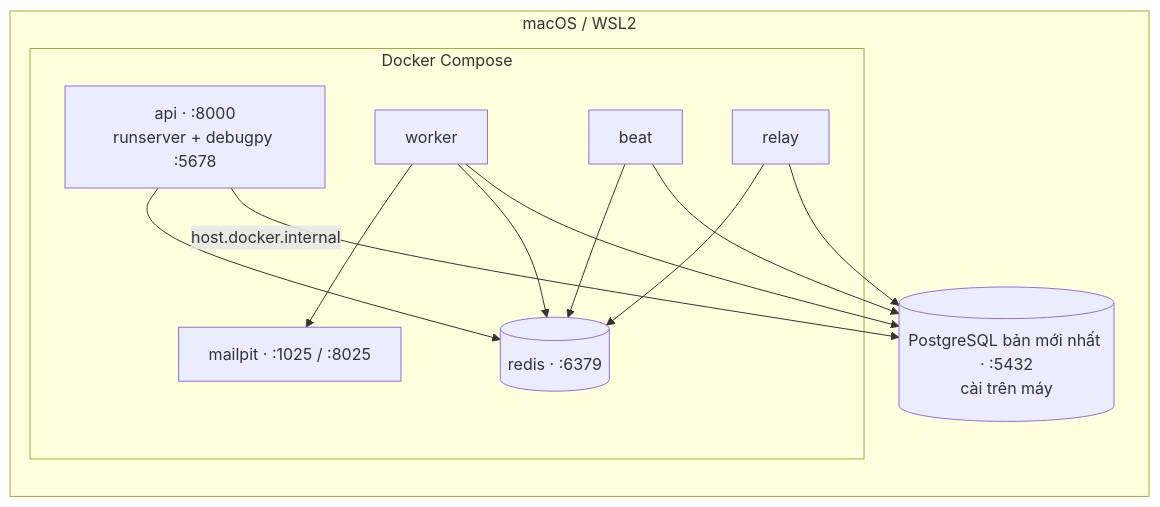
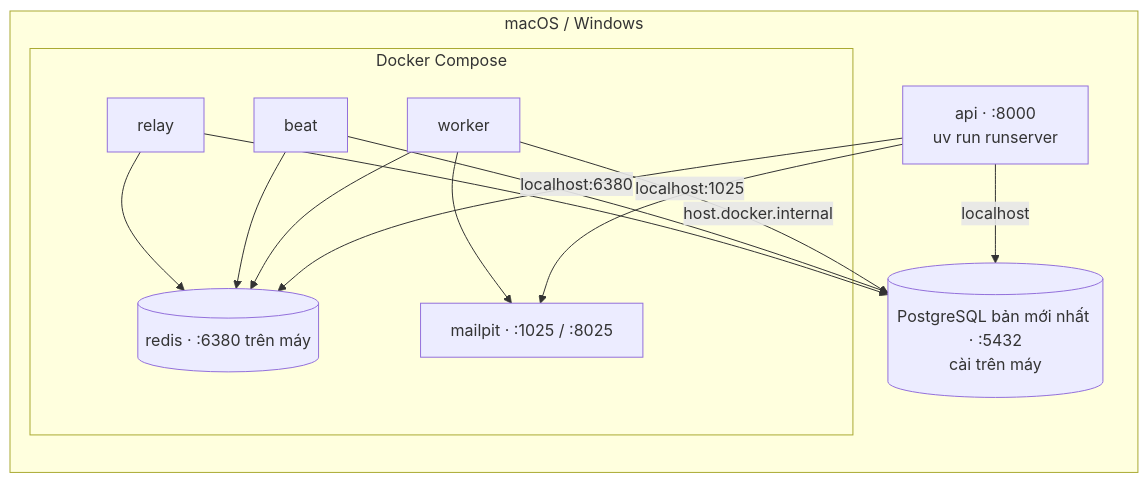
The diagram in docs/architecture/08-local-development.md (LuongCongThanh/boilerplate-ecommerce-next-16), drawn with Mermaid before and after one commit. The commit also changed other lines of this file and 12 other files, not shown here.

````diff
--- a/docs/architecture/08-local-development.md
+++ b/docs/architecture/08-local-development.md
@@ -8,23 +8,24 @@
 ```mermaid
 graph LR
-    subgraph mac [macOS / WSL2]
+    subgraph host [macOS / Windows]
         pg[(PostgreSQL bản mới nhất · :5432<br/>cài trên máy)]
+        api[api · :8000<br/>uv run runserver]
         subgraph docker [Docker Compose]
-            api[api · :8000<br/>runserver + debugpy :5678]
             worker[worker]
             beat[beat]
             relay[relay]
-            redis[(redis · :6379)]
+            redis[(redis · :6380 trên máy)]
             mailpit[mailpit · :1025 / :8025]
         end
     end
-    api -- host.docker.internal --> pg
-    worker --> pg
+    api -- localhost --> pg
+    api -- localhost:6380 --> redis
+    api -- localhost:1025 --> mailpit
+    worker -- host.docker.internal --> pg
     beat --> pg
     relay --> pg
-    api --> redis
     worker --> redis
     beat --> redis
     relay --> redis
     worker --> mailpit
 ```
````
